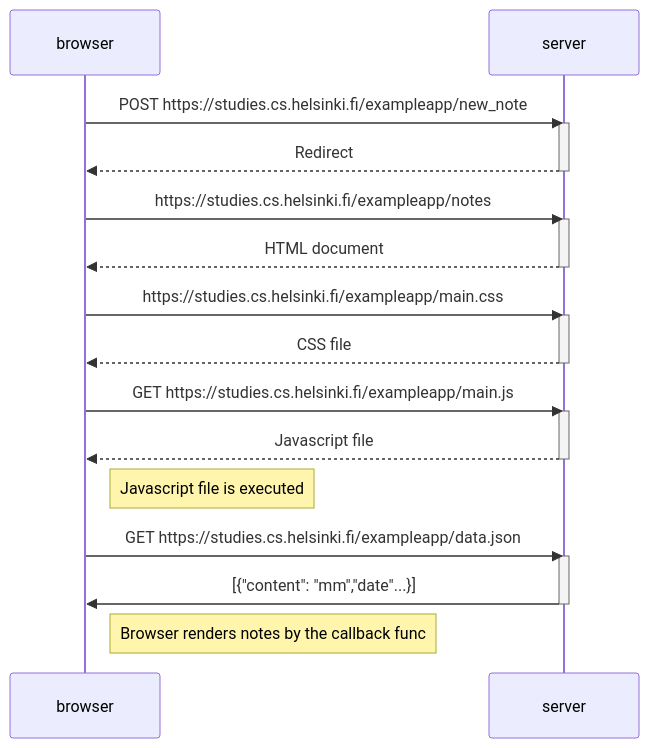
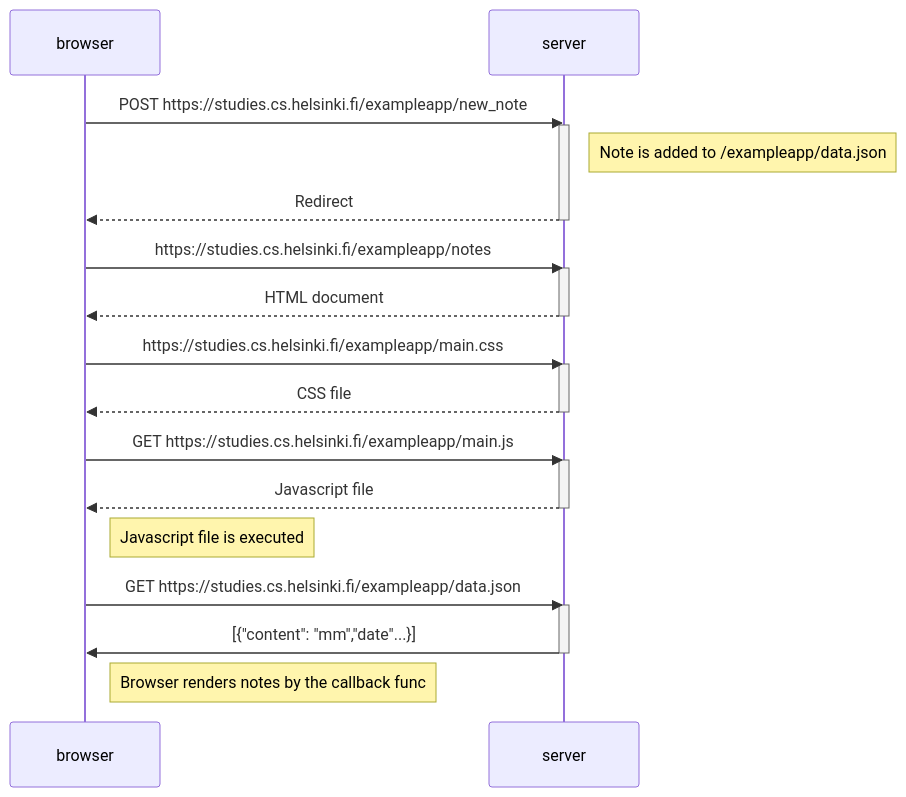
The diagram in part0/new_note.md (oskrsjlnd/fullstacc-open), drawn with Mermaid before and after one commit. The commit also changed 2 other files, not shown here.

Commit message:
New note spa diagram

````diff
--- a/part0/new_note.md
+++ b/part0/new_note.md
@@ -1,34 +1,35 @@
 ```mermaid
     sequenceDiagram
     participant browser
     participant server
 
     browser->>server: POST https://studies.cs.helsinki.fi/exampleapp/new_note
     activate server
+    Note right of server: Note is added to /exampleapp/data.json
     server-->>browser: Redirect
     deactivate server
 
     browser->>server: https://studies.cs.helsinki.fi/exampleapp/notes
     activate server
     server-->>browser: HTML document
     deactivate server
 
     browser->>server: https://studies.cs.helsinki.fi/exampleapp/main.css
     activate server
     server-->>browser: CSS file
     deactivate server
 
     browser->>server: GET https://studies.cs.helsinki.fi/exampleapp/main.js
     activate server
     server-->>browser: Javascript file
     deactivate server
     
     Note right of browser: Javascript file is executed
 
     browser->>server: GET https://studies.cs.helsinki.fi/exampleapp/data.json
     activate server
     server->>browser: [{"content": "mm","date"...}]
     deactivate server
 
     Note right of browser: Browser renders notes by the callback func
 ```
````
